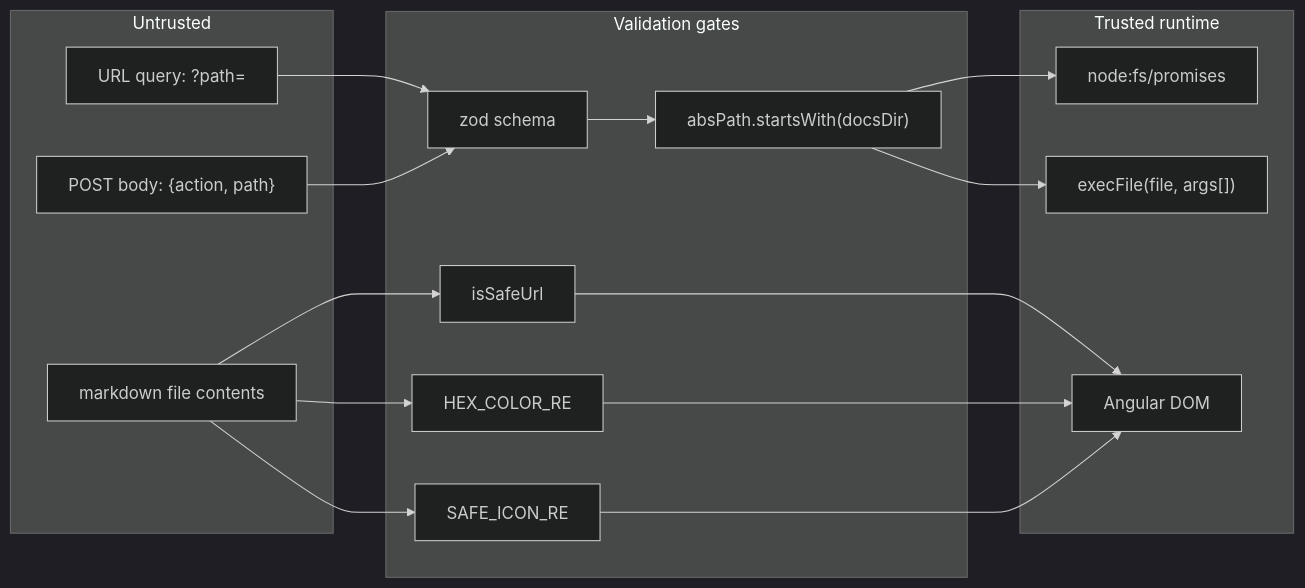
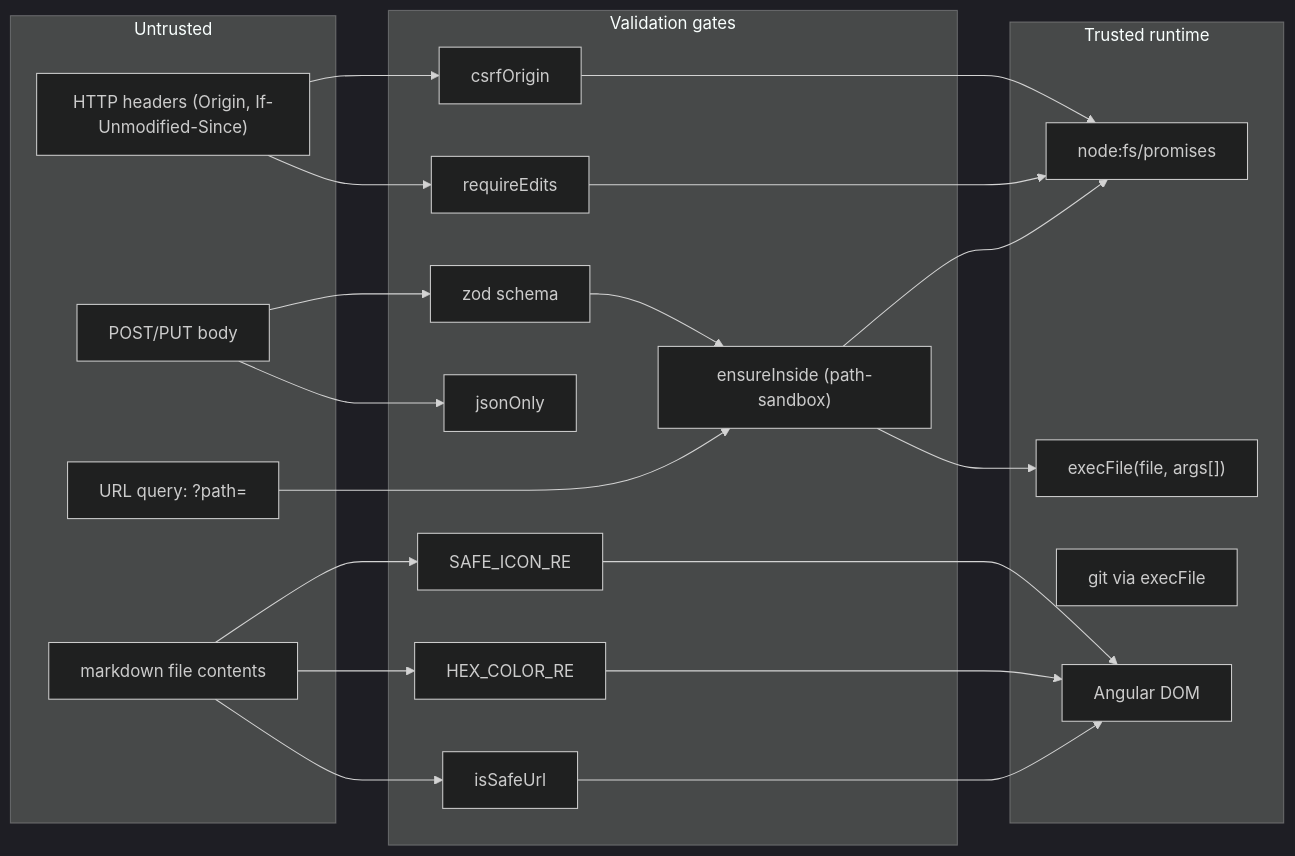
The first of 2 diagrams in docs/architecture/security.md (MorizMensi/grove), drawn with Mermaid (dark theme) before and after one commit. The commit also changed other lines of this file and 23 other files, not shown here.

````diff
--- a/docs/architecture/security.md
+++ b/docs/architecture/security.md
@@ -10,34 +25,44 @@
 ```mermaid
 flowchart LR
   subgraph "Untrusted"
     URL["URL query: ?path="]
-    BODY["POST body: {action, path}"]
+    BODY["POST/PUT body"]
     MD["markdown file contents"]
+    HDR["HTTP headers (Origin, If-Unmodified-Since)"]
   end
 
   subgraph "Validation gates"
     Z[zod schema]
-    CONT["absPath.startsWith(docsDir)"]
+    EI["ensureInside (path-sandbox)"]
+    RE[requireEdits]
+    CO[csrfOrigin]
+    JO[jsonOnly]
     SAFE[isSafeUrl]
     HEX[HEX_COLOR_RE]
     ICON[SAFE_ICON_RE]
   end
 
   subgraph "Trusted runtime"
     FS[node:fs/promises]
     EXEC["execFile(file, args[])"]
+    GIT["git via execFile"]
     DOM[Angular DOM]
   end
 
-  URL --> Z
+  URL --> EI
   BODY --> Z
-  Z --> CONT
-  CONT --> FS
-  CONT --> EXEC
+  BODY --> JO
+  HDR --> CO
+  HDR --> RE
+  Z --> EI
+  EI --> FS
+  EI --> EXEC
+  RE --> FS
+  CO --> FS
   MD --> SAFE
   MD --> HEX
   MD --> ICON
   SAFE --> DOM
   HEX --> DOM
   ICON --> DOM
 ```
````
